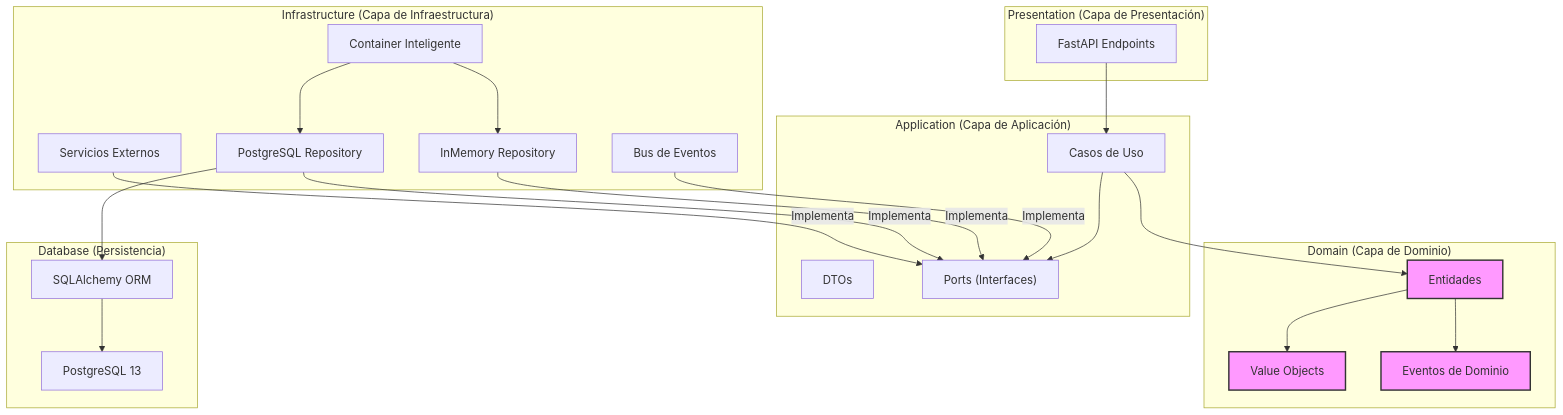
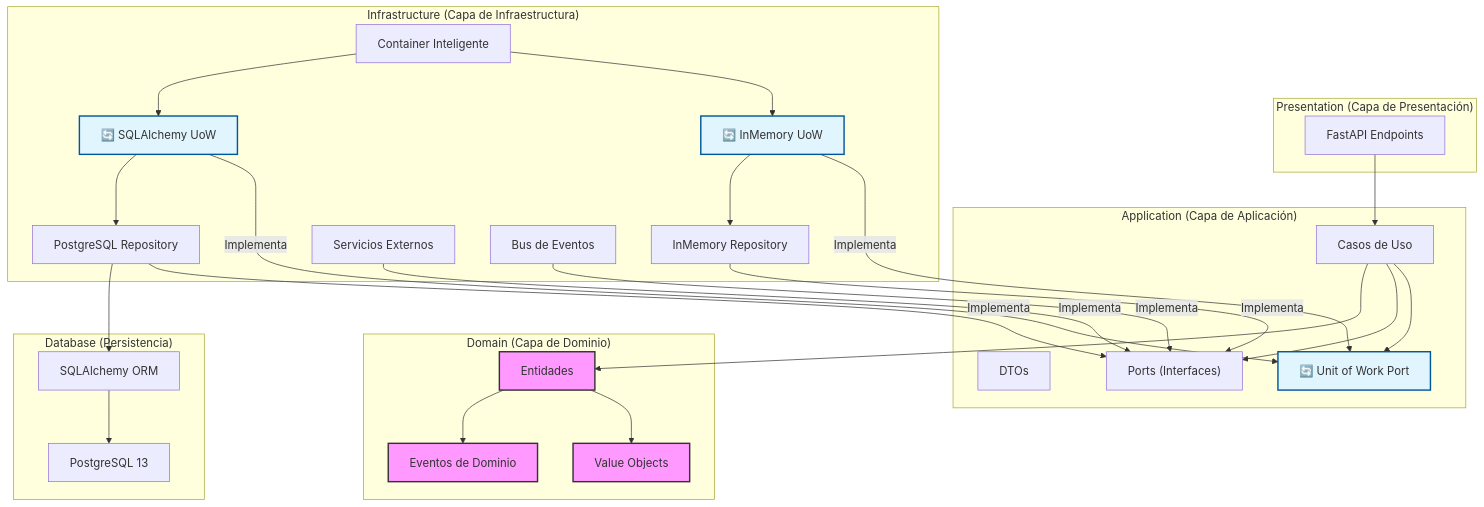
One commit to agustinEDev/clean_architecture changed the first of 3 diagrams in README.md. Above: the diagram before and after it, drawn with Mermaid. The commit also changed other lines of this file and 13 other files, not shown here.

Commit message:
UnitOfWork implementation

````diff
--- a/README.md
+++ b/README.md
@@ -111,45 +113,56 @@
 ```mermaid
 graph TD;
     subgraph "Presentation (Capa de Presentación)"
         A["FastAPI Endpoints"]
     end
     subgraph "Application (Capa de Aplicación)"
         B["Casos de Uso"]
         C["DTOs"]
         D["Ports (Interfaces)"]
+        UOW["🔄 Unit of Work Port"]
     end
     subgraph "Domain (Capa de Dominio)"
         E["Entidades"]
         F["Value Objects"]
         G["Eventos de Dominio"]
     end
     subgraph "Infrastructure (Capa de Infraestructura)"
         H["InMemory Repository"]
         H2["PostgreSQL Repository"]
         I["Servicios Externos"]
         J["Bus de Eventos"]
         K["Container Inteligente"]
+        UOW1["🔄 InMemory UoW"]
+        UOW2["🔄 SQLAlchemy UoW"]
     end
     subgraph "Database (Persistencia)"
         L["PostgreSQL 13"]
         M["SQLAlchemy ORM"]
     end
 
     A --> B
+    B --> UOW
     B --> D
     B --> E
     J -- Implementa --> D
+    UOW1 -- Implementa --> UOW
+    UOW2 -- Implementa --> UOW
+    UOW1 --> H
+    UOW2 --> H2
     H -- Implementa --> D
     H2 -- Implementa --> D
     I -- Implementa --> D
-    K --> H
-    K --> H2
+    K --> UOW1
+    K --> UOW2
     H2 --> M
     M --> L
     E --> F
     E --> G
 
     style E fill:#f9f,stroke:#333,stroke-width:2px
     style F fill:#f9f,stroke:#333,stroke-width:2px
     style G fill:#f9f,stroke:#333,stroke-width:2px
+    style UOW fill:#e1f5fe,stroke:#01579b,stroke-width:2px
+    style UOW1 fill:#e1f5fe,stroke:#01579b,stroke-width:2px
+    style UOW2 fill:#e1f5fe,stroke:#01579b,stroke-width:2px
 ```
````
